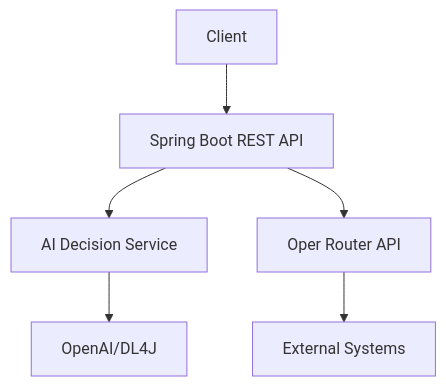
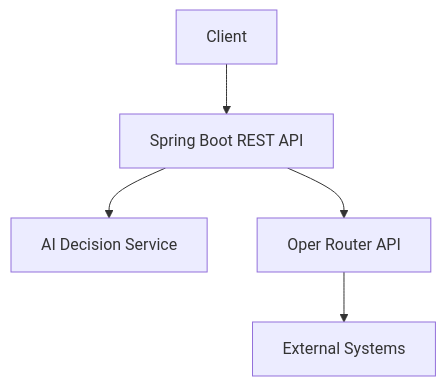
Before and after one commit to deepak-sekarbabu/spring-ai-open-router: the diagram in README.md, drawn with Mermaid. The commit also changed other lines of this file, not shown here.

````diff
--- a/README.md
+++ b/README.md
@@ -67,8 +67,7 @@
 ```mermaid
 graph TD;
   Client-->REST_API[Spring Boot REST API];
   REST_API-->AI_Service[AI Decision Service];
-  REST_API-->Oper_Router[Oper Router API];
-  AI_Service-->OpenAI[OpenAI/DL4J];
+  REST_API-->Oper_Router[Oper Router API]; 
   Oper_Router-->External_Systems[External Systems];
 ```
````
